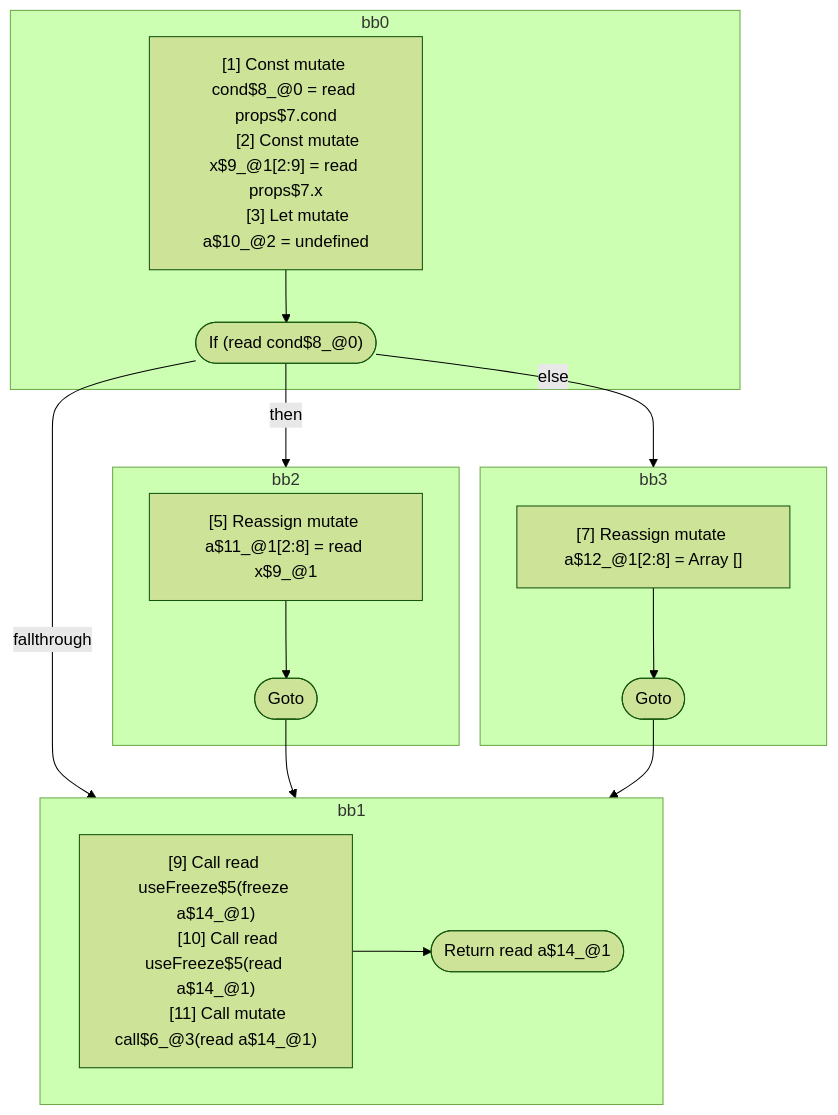
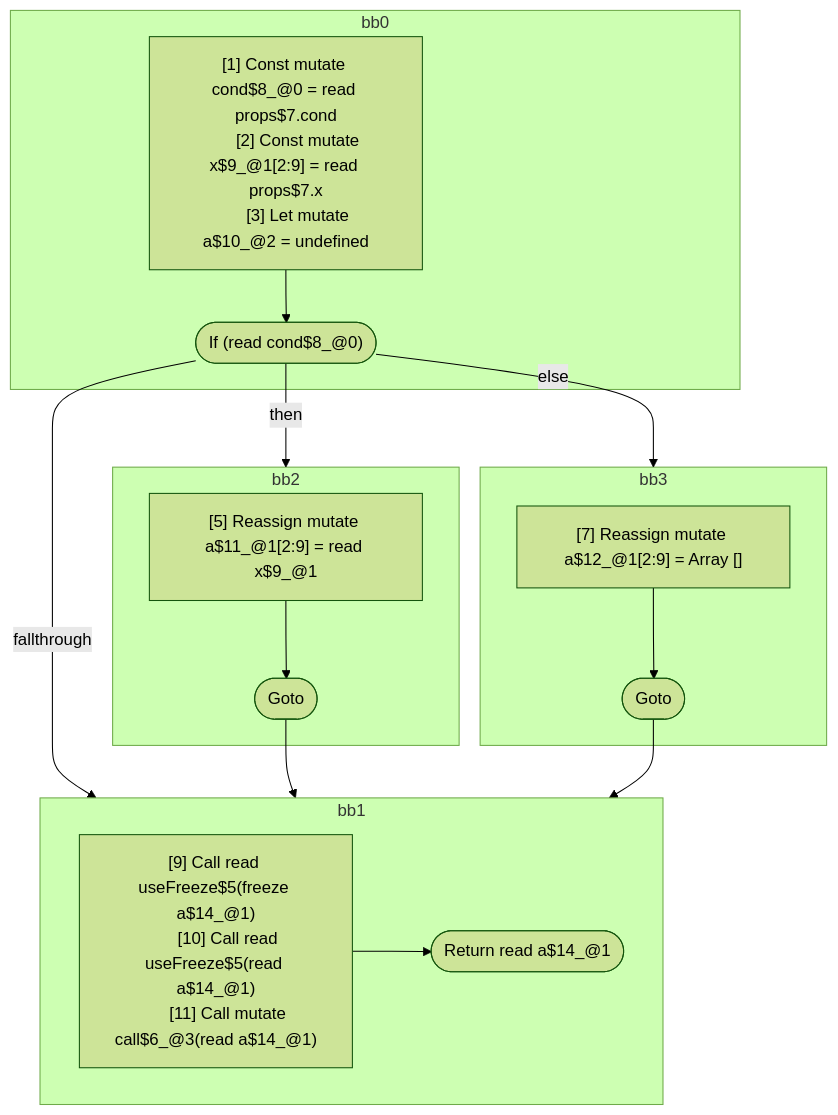
Before and after one commit to wutsmog/private: the first of 3 diagrams in compiler/forget/src/__tests__/fixtures/hir/hooks-freeze-possibly-mutable-arguments.expect.md, drawn with Mermaid (forest theme). The commit also changed other lines of this file and 30 other files, not shown here.

First line of the commit message:
Merge scopes that interleave or cross control-flow boundaries together

````diff
--- a/compiler/forget/src/__tests__/fixtures/hir/hooks-freeze-possibly-mutable-arguments.expect.md
+++ b/compiler/forget/src/__tests__/fixtures/hir/hooks-freeze-possibly-mutable-arguments.expect.md
@@ -52,40 +52,40 @@
 ```mermaid
 flowchart TB
   %% Basic Blocks
   subgraph bb0
     bb0_instrs["
       [1] Const mutate cond$8_@0 = read props$7.cond
       [2] Const mutate x$9_@1[2:9] = read props$7.x
       [3] Let mutate a$10_@2 = undefined
     "]
     bb0_instrs --> bb0_terminal(["If (read cond$8_@0)"])
   end
   subgraph bb2
     bb2_instrs["
-      [5] Reassign mutate a$11_@1[2:8] = read x$9_@1
+      [5] Reassign mutate a$11_@1[2:9] = read x$9_@1
     "]
     bb2_instrs --> bb2_terminal(["Goto"])
   end
   subgraph bb3
     bb3_instrs["
-      [7] Reassign mutate a$12_@1[2:8] = Array []
+      [7] Reassign mutate a$12_@1[2:9] = Array []
     "]
     bb3_instrs --> bb3_terminal(["Goto"])
   end
   subgraph bb1
     bb1_instrs["
       [9] Call read useFreeze$5(freeze a$14_@1)
       [10] Call read useFreeze$5(read a$14_@1)
       [11] Call mutate call$6_@3(read a$14_@1)
     "]
     bb1_instrs --> bb1_terminal(["Return read a$14_@1"])
   end
 
   %% Jumps
   bb0_terminal -- "then" --> bb2
   bb0_terminal -- "else" --> bb3
   bb0_terminal -- "fallthrough" --> bb1
   bb2_terminal --> bb1
   bb3_terminal --> bb1
 
 ```
````
